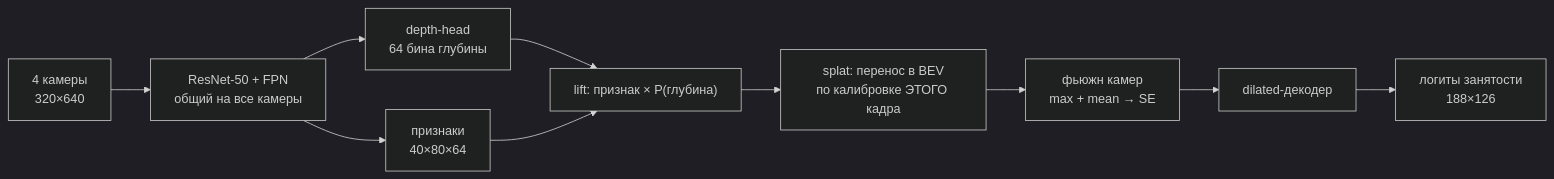
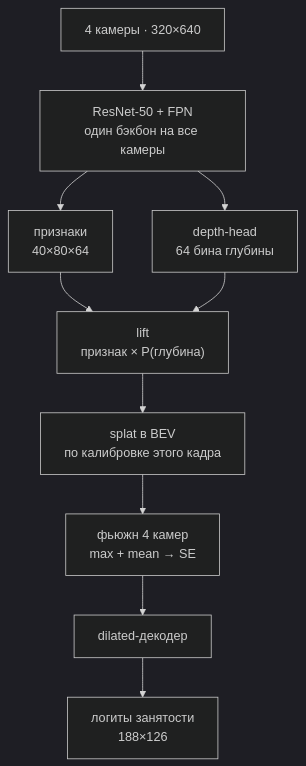
The diagram in README.md (iluuua/aidao-2025-bev-occupancy), drawn with Mermaid (dark theme) before and after one commit.

Commit message:
README: вертикальная схема пайплайна вместо горизонтальной
В колонке README горизонтальный flowchart сжимался до нечитаемого.

````diff
--- a/README.md
+++ b/README.md
@@ -30,12 +30,12 @@
 ```mermaid
-flowchart LR
-    A["4 камеры<br/>320×640"] --> B["ResNet-50 + FPN<br/>общий на все камеры"]
+flowchart TD
+    A["4 камеры · 320×640"] --> B["ResNet-50 + FPN<br/>один бэкбон на все камеры"]
+    B --> D["признаки<br/>40×80×64"]
     B --> C["depth-head<br/>64 бина глубины"]
-    B --> D["признаки<br/>40×80×64"]
+    D --> E["lift<br/>признак × P(глубина)"]
     C --> E
-    D --> E["lift: признак × P(глубина)"]
-    E --> F["splat: перенос в BEV<br/>по калибровке ЭТОГО кадра"]
-    F --> G["фьюжн камер<br/>max + mean → SE"]
+    E --> F["splat в BEV<br/>по калибровке этого кадра"]
+    F --> G["фьюжн 4 камер<br/>max + mean → SE"]
     G --> H["dilated-декодер"]
     H --> I["логиты занятости<br/>188×126"]
 ```
````
